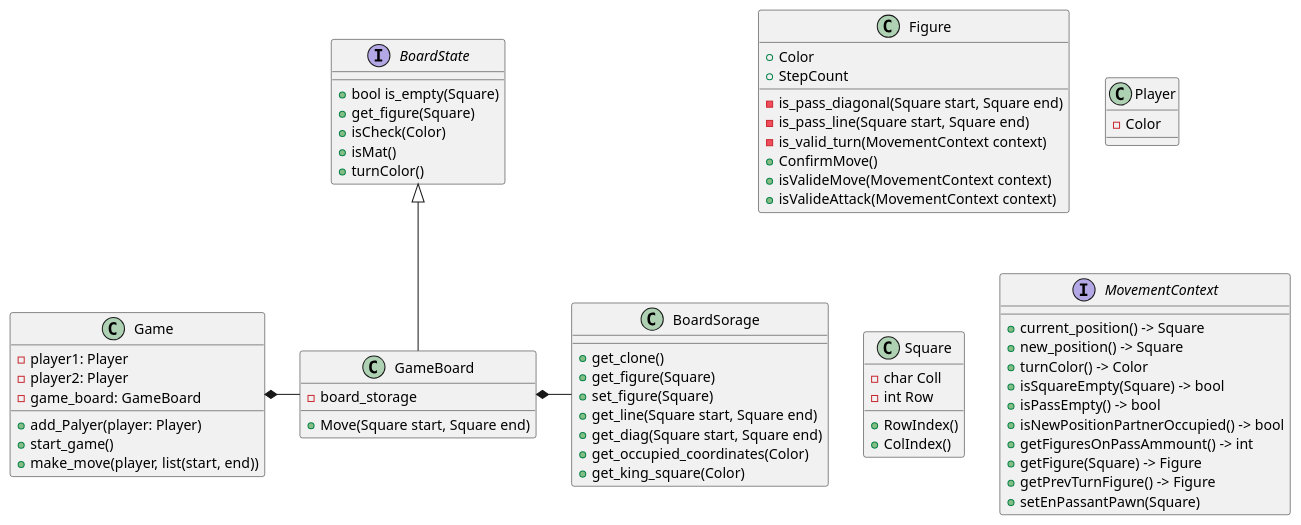
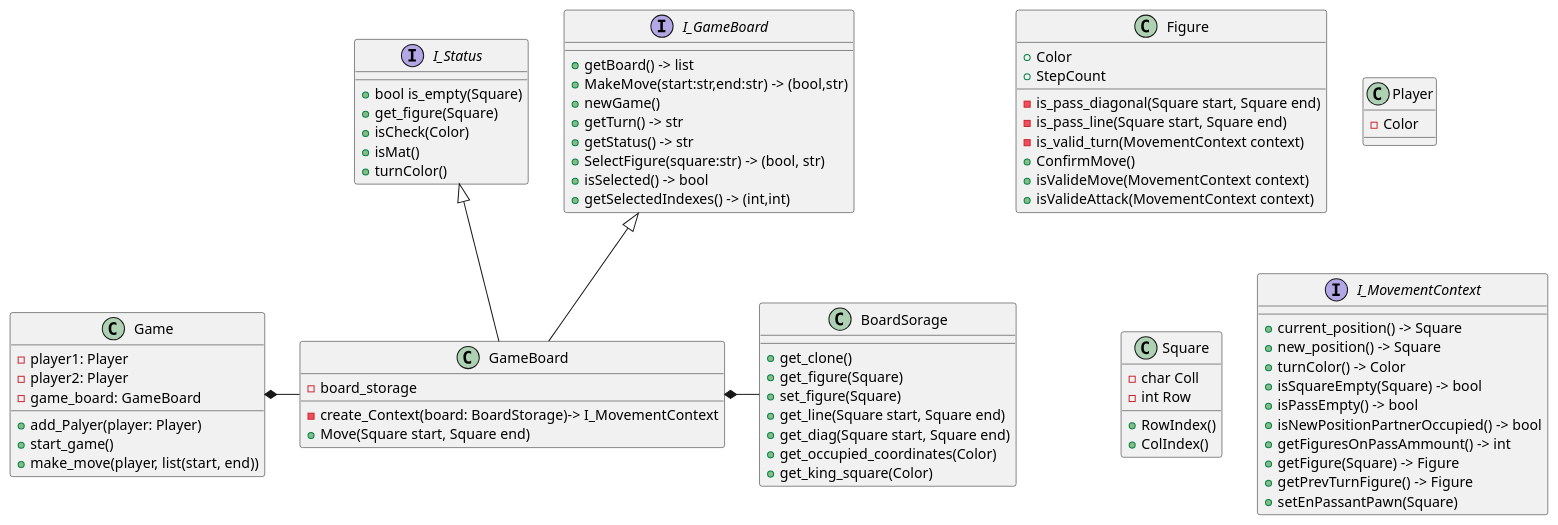
Before and after one commit to alanmakarov/chess: the diagram in chess.wsd, drawn with PlantUML.

Commit message:
update uml

```diff
--- a/chess.wsd
+++ b/chess.wsd
@@ -1,78 +1,90 @@
 @startuml
 
 class Figure {
     + Color
     + StepCount
     - is_pass_diagonal(Square start, Square end)
     - is_pass_line(Square start, Square end)
     - is_valid_turn(MovementContext context)
     + ConfirmMove()
     + isValideMove(MovementContext context)
     + isValideAttack(MovementContext context)
 }
 
-Interface BoardState{
+Interface I_Status{
     + bool is_empty(Square)
     + get_figure(Square)
     + isCheck(Color)
     + isMat()
     + turnColor()
 }
+Interface I_GameBoard{
+    + getBoard() -> list
+    + MakeMove(start:str,end:str) -> (bool,str)
+    + newGame()
+    + getTurn() -> str
+    + getStatus() -> str
+    + SelectFigure(square:str) -> (bool, str)
+    + isSelected() -> bool
+    + getSelectedIndexes() -> (int,int)
+}
 
-class GameBoard extends BoardState {
+class GameBoard extends I_GameBoard, I_Status {
     - board_storage
+    - create_Context(board: BoardStorage)-> I_MovementContext
     + Move(Square start, Square end)
+
 }
 
 class BoardSorage {
     + get_clone()
     + get_figure(Square)
     + set_figure(Square)
     + get_line(Square start, Square end)
     + get_diag(Square start, Square end)
     + get_occupied_coordinates(Color)
     + get_king_square(Color)
 }
 
 GameBoard *- BoardSorage
 Game *- GameBoard
 
 class Game{
     - player1: Player
     - player2: Player
     - game_board: GameBoard
     + add_Palyer(player: Player)
     + start_game()
     + make_move(player, list(start, end))
 }
 
 class Player{
     - Color
 }
 
 class Square{
     - char Coll
     - int Row
     +RowIndex()
     +ColIndex()
 }
 
 
 
-Interface MovementContext{
+Interface I_MovementContext{
  
     + current_position() -> Square
     + new_position() -> Square
     + turnColor() -> Color
     + isSquareEmpty(Square) -> bool
     + isPassEmpty() -> bool
     + isNewPositionPartnerOccupied() -> bool
     + getFiguresOnPassAmmount() -> int
     + getFigure(Square) -> Figure
     + getPrevTurnFigure() -> Figure
     + setEnPassantPawn(Square)
     
     
 }
 
 @enduml
```
